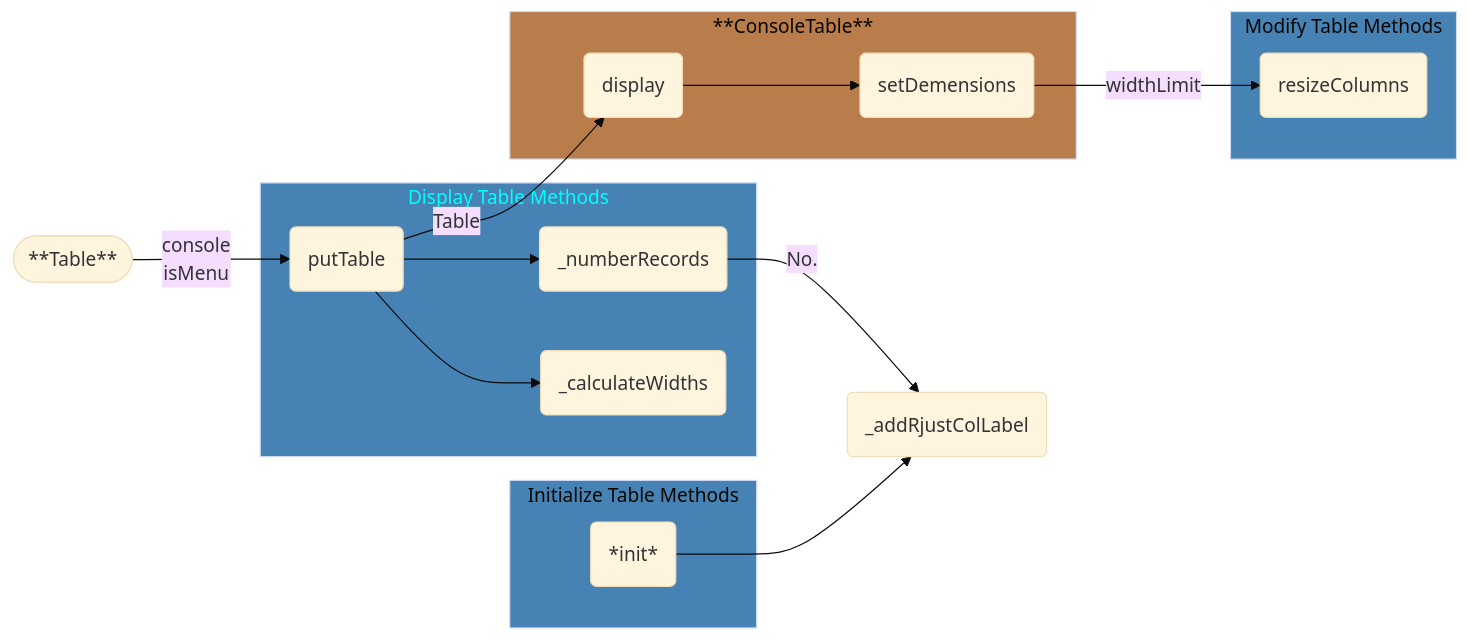
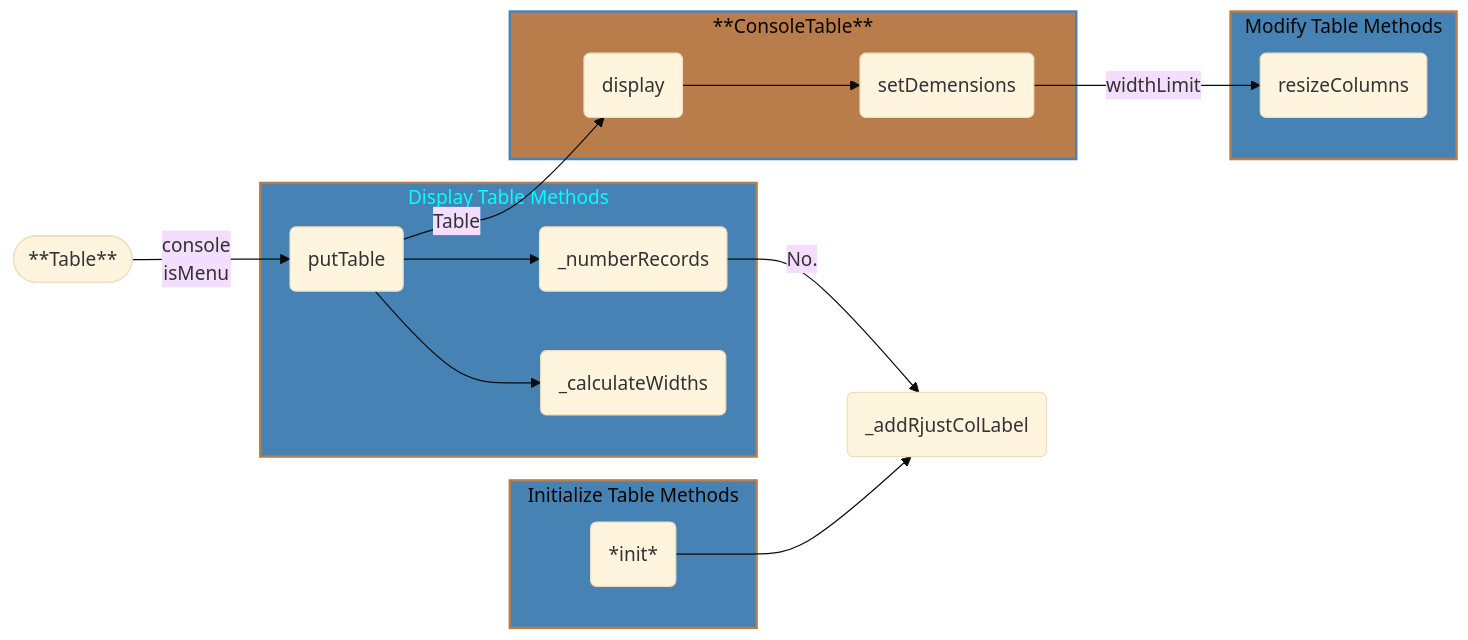
Diagram 16 of 20 in scripts/table/design.md (7s4e/p3), drawn with Mermaid (base theme) before and after one commit. The commit also changed other lines of this file, not shown here.

````diff
--- a/scripts/table/design.md
+++ b/scripts/table/design.md
@@ -519,34 +519,34 @@
 ```mermaid
 graph LR
     
     TABL([**Table**])
         TABL -- console
                 isMenu  --> PTBL
     subgraph i [Initialize Table Methods]
-        style i fill:#4682b4
+        style i fill:#4682b4,stroke:#b97d4b,stroke-width:2px
         INIT(*init*)
     end
     subgraph d [Display Table Methods]
-        style d fill:#4682b4,color:#0ff
+        style d fill:#4682b4,stroke:#b97d4b,stroke-width:2px,color:#0ff
         PTBL(putTable)
             PTBL --> NUMR
             PTBL --> CALW
         NUMR(_numberRecords)
         CALW(_calculateWidths)
     end
     subgraph C [**ConsoleTable**]
-        style C fill:#b97d4b
+        style C fill:#b97d4b,stroke:#4682b4,stroke-width:2px
         DPLY(display)
             PTBL -- Table --> DPLY
             DPLY --> SDMN
         SDMN(setDemensions)
     end
     subgraph m [Modify Table Methods]
-        style m fill:#4682b4
+        style m fill:#4682b4,stroke:#b97d4b,stroke-width:2px
         RSZC(resizeColumns)
             SDMN -- widthLimit --> RSZC
     end
     ARJC(_addRjustColLabel)
         INIT        --> ARJC
         NUMR -- No. --> ARJC
 ```
````
